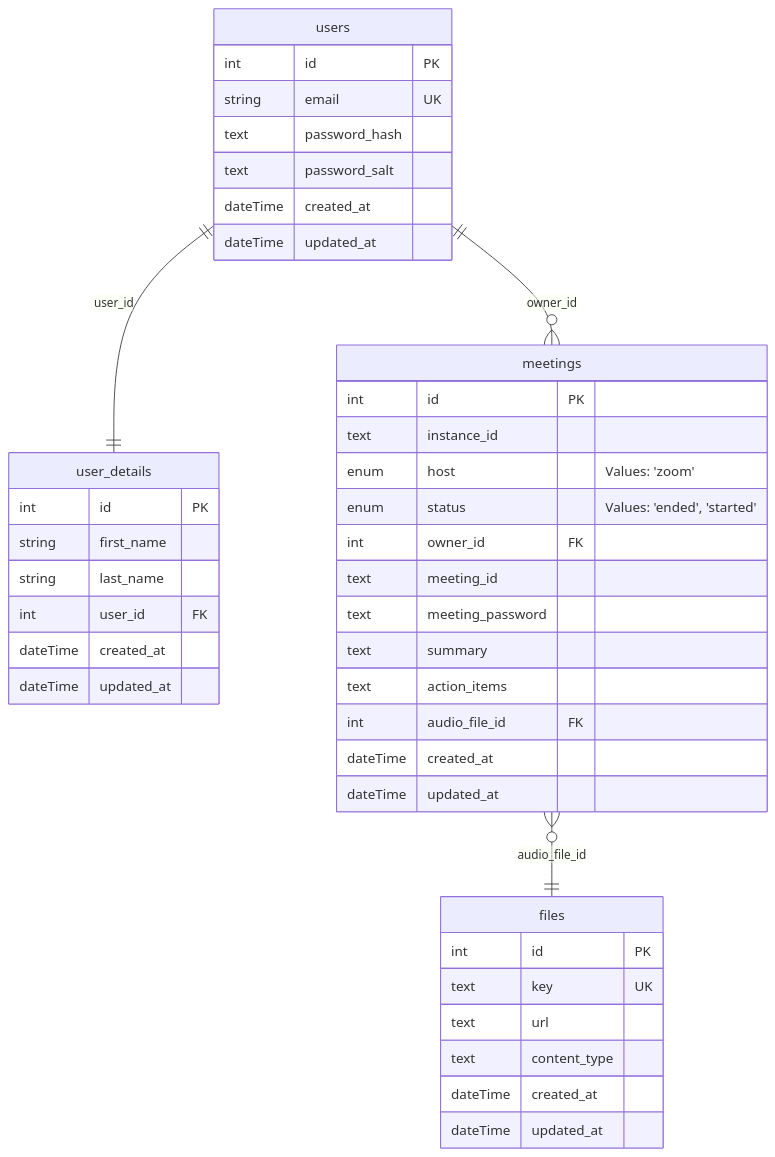
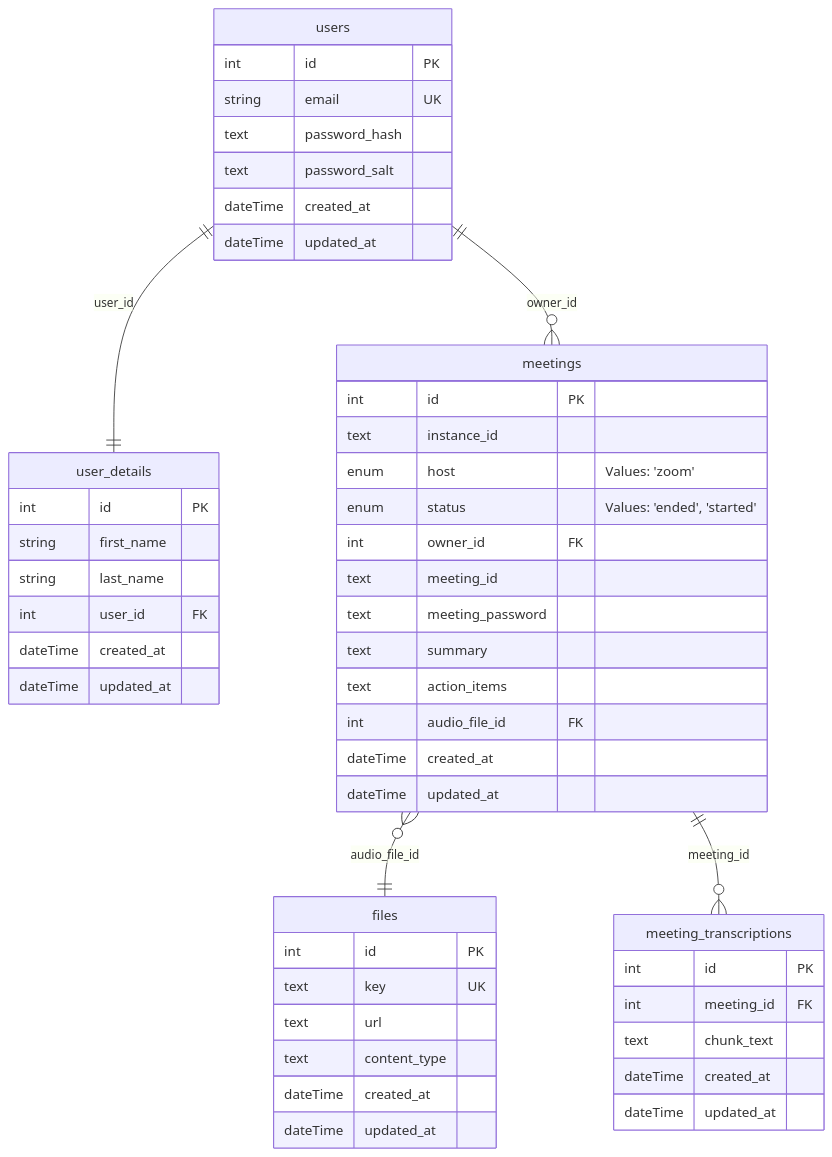
The diagram in readme.md (BinaryStudioAcademy/bsa-2025-meetlytic), drawn with Mermaid before and after one commit.

Commit message:
docs: add missing table in db schema in reamde.md ml-246

````diff
--- a/readme.md
+++ b/readme.md
@@ -25,44 +25,52 @@
 ```mermaid
 erDiagram
    users {
       int id PK
       string email UK
       text password_hash
       text password_salt
       dateTime created_at
       dateTime updated_at
    }
    user_details {
       int id PK
       string first_name
       string last_name
       int user_id FK
       dateTime created_at
       dateTime updated_at
    }
    meetings {
       int id PK
       text instance_id
       enum host "Values: 'zoom'"
       enum status "Values: 'ended', 'started'"
       int owner_id FK
       text meeting_id
       text meeting_password
       text summary
       text action_items
       int audio_file_id FK
       dateTime created_at
       dateTime updated_at
    }
    files {
       int id PK
       text key UK
       text url
       text content_type
       dateTime created_at
       dateTime updated_at
    }
+   meeting_transcriptions {
+      int id PK
+      int meeting_id FK
+      text chunk_text
+      dateTime created_at
+      dateTime updated_at
+   }
    users ||--|| user_details: user_id
    users ||--o{ meetings: owner_id
    meetings }o--|| files: audio_file_id
+   meetings ||--o{ meeting_transcriptions: meeting_id
 ```
````
